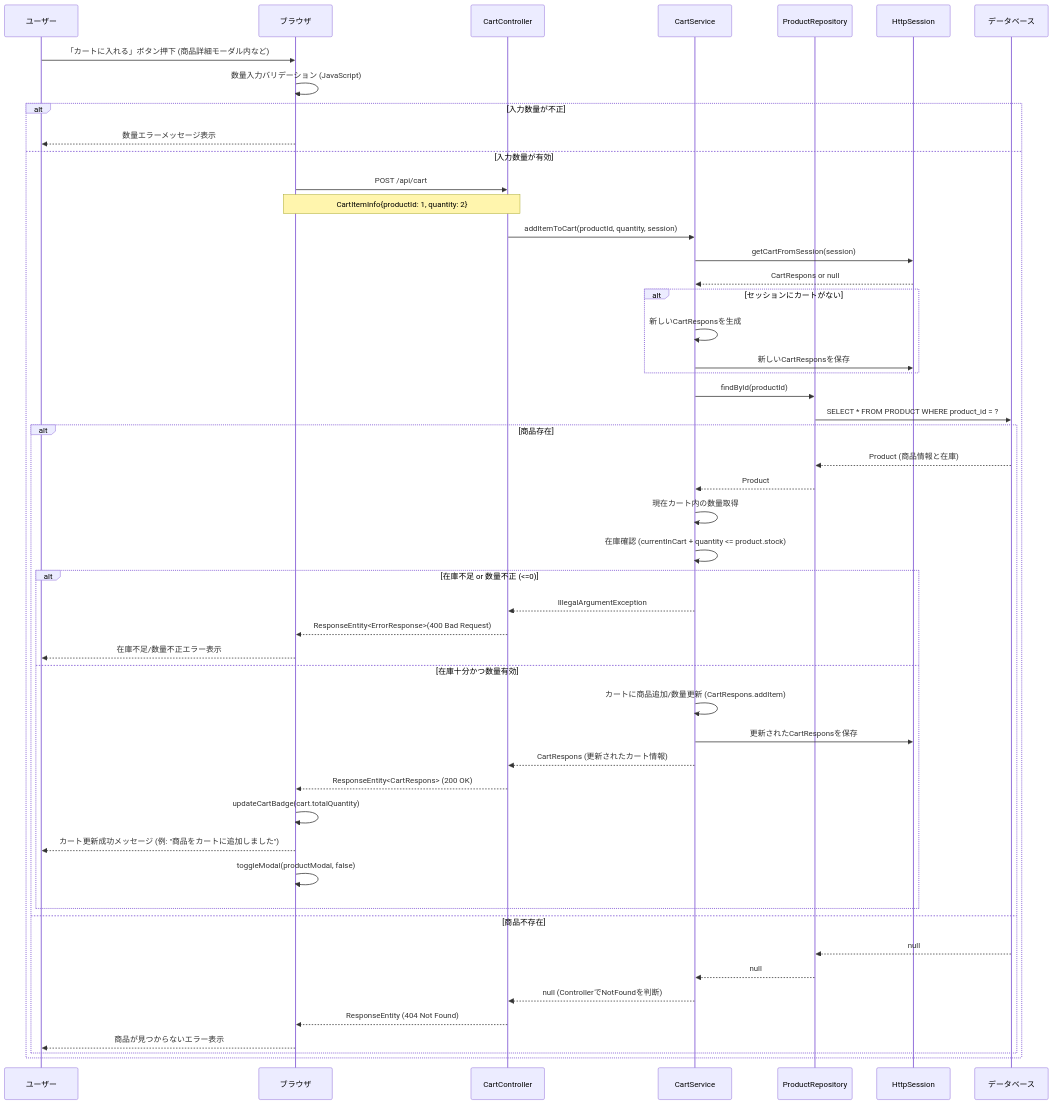
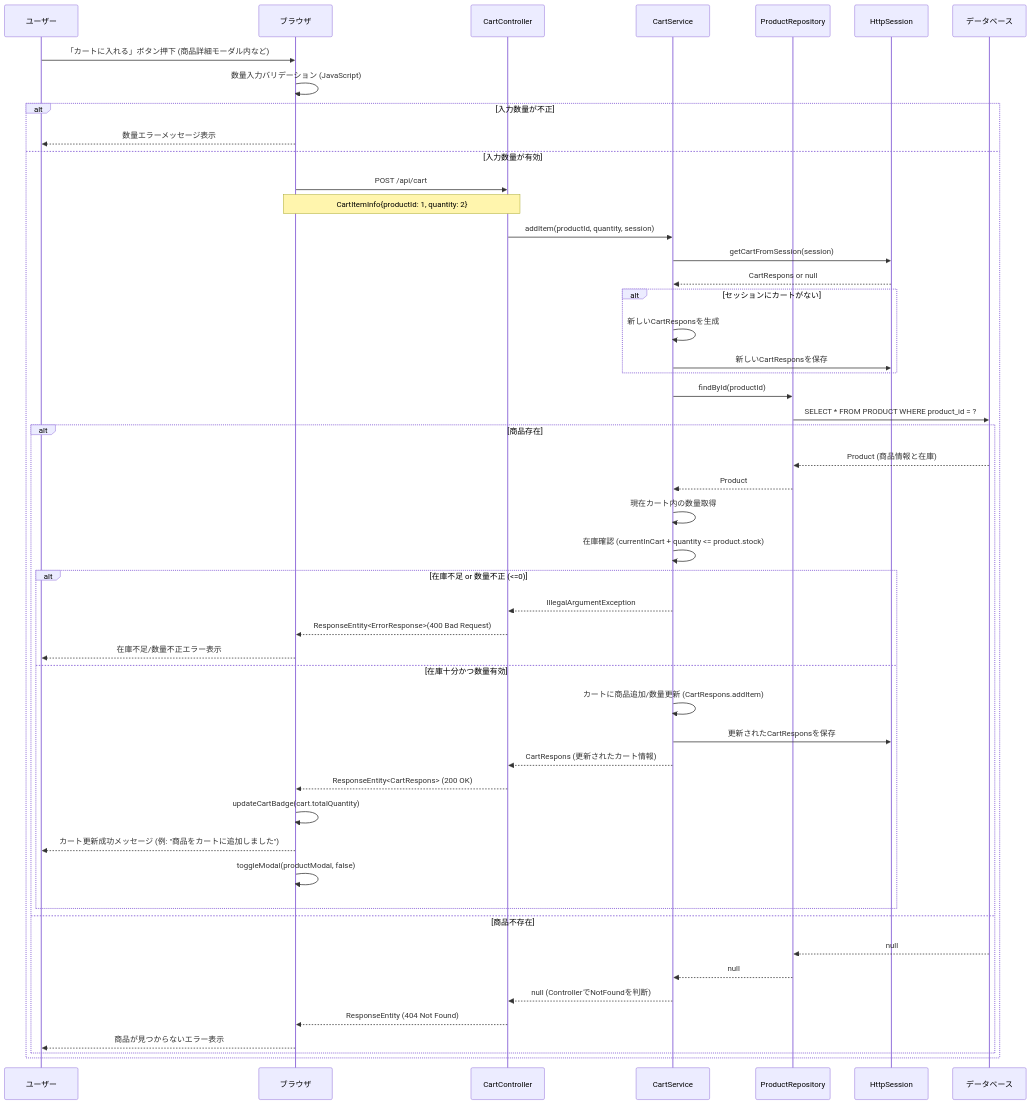
One commit to shogomaeda758/Bacon changed the sixth of 22 diagrams in 詳細設計/詳細設計書_v3.md. Above: the diagram before and after it, drawn with Mermaid. The commit also changed other lines of this file, not shown here.

Commit message:
シーケンス図のメソッド名修正

````diff
--- a/詳細設計/詳細設計書_v3.md
+++ b/詳細設計/詳細設計書_v3.md
@@ -272,54 +272,54 @@
 ```mermaid
 sequenceDiagram
     participant U as ユーザー
     participant B as ブラウザ
     participant CC as CartController
     participant CS as CartService
     participant PR as ProductRepository
     participant S as HttpSession
     participant DB as データベース
 
     U->>B: 「カートに入れる」ボタン押下 (商品詳細モーダル内など)
     B->>B: 数量入力バリデーション (JavaScript)
     alt 入力数量が不正
         B-->>U: 数量エラーメッセージ表示
     else 入力数量が有効
         B->>CC: POST /api/cart
         Note over B,CC: CartItemInfo{productId: 1, quantity: 2}
-        CC->>CS: addItemToCart(productId, quantity, session)
+        CC->>CS: addItem(productId, quantity, session)
         CS->>S: getCartFromSession(session)
         S-->>CS: CartRespons or null
         alt セッションにカートがない
             CS->>CS: 新しいCartResponsを生成
             CS->>S: 新しいCartResponsを保存
         end
         CS->>PR: findById(productId)
         PR->>DB: SELECT * FROM PRODUCT WHERE product_id = ?
         
         alt 商品存在
             DB-->>PR: Product (商品情報と在庫)
             PR-->>CS: Product
             CS->>CS: 現在カート内の数量取得
             CS->>CS: 在庫確認 (currentInCart + quantity <= product.stock)
             alt 在庫不足 or 数量不正 (<=0)
                 CS-->>CC: IllegalArgumentException
                 CC-->>B: ResponseEntity<ErrorResponse>(400 Bad Request)
                 B-->>U: 在庫不足/数量不正エラー表示
             else 在庫十分かつ数量有効
                 CS->>CS: カートに商品追加/数量更新 (CartRespons.addItem)
                 CS->>S: 更新されたCartResponsを保存
                 CS-->>CC: CartRespons (更新されたカート情報)
                 CC-->>B: ResponseEntity<CartRespons> (200 OK)
                 B->>B: updateCartBadge(cart.totalQuantity)
                 B-->>U: カート更新成功メッセージ (例: "商品をカートに追加しました")
                 B->>B: toggleModal(productModal, false)
             end
         else 商品不存在
             DB-->>PR: null
             PR-->>CS: null
             CS-->>CC: null (ControllerでNotFoundを判断)
             CC-->>B: ResponseEntity (404 Not Found)
             B-->>U: 商品が見つからないエラー表示
         end
     end
 ```
````
